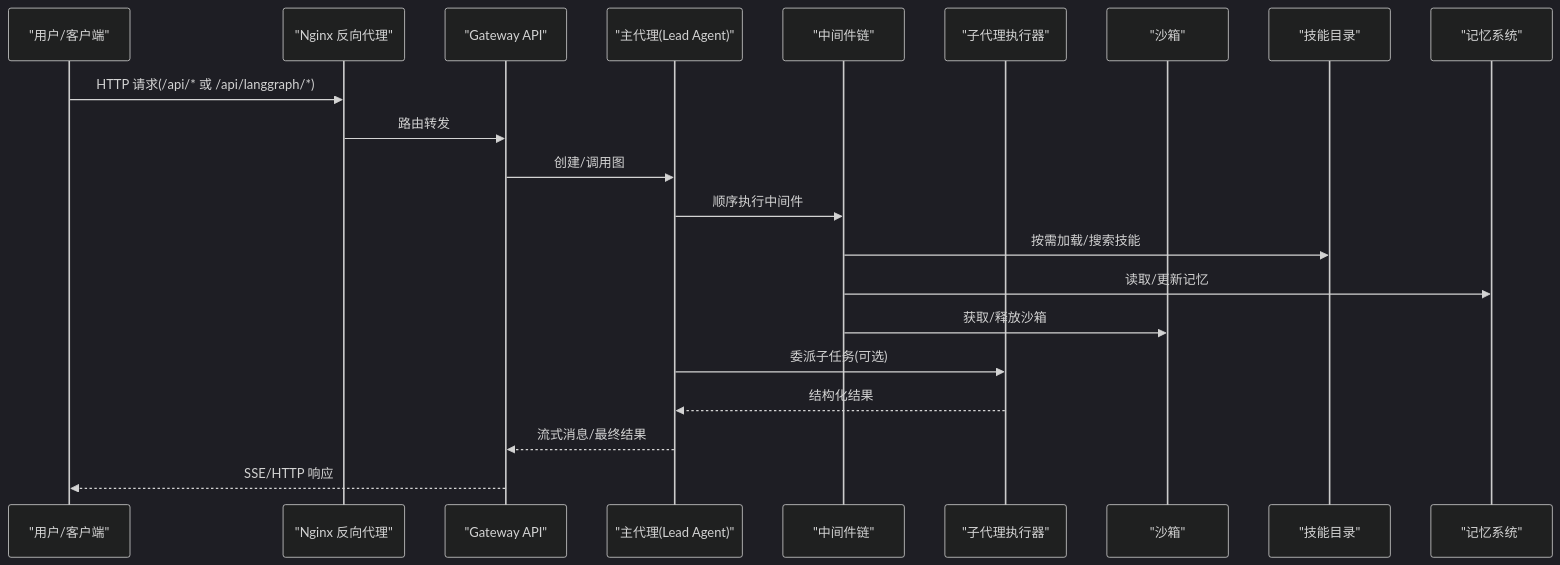
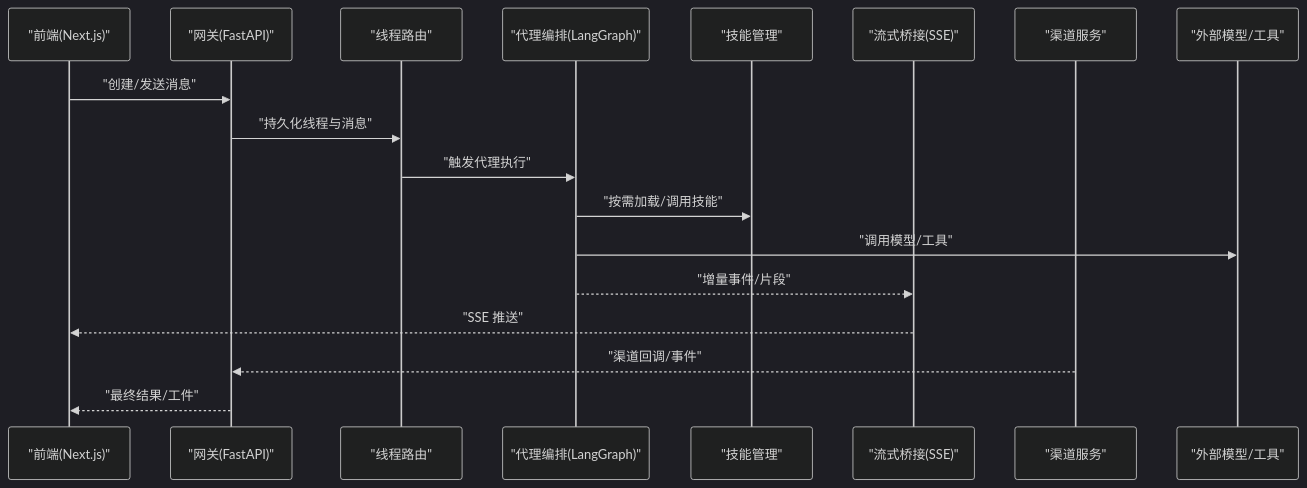
One commit to xfbyxq/deer-flow changed the second of 6 diagrams in .qoder/repowiki/zh/content/项目概述/项目概述.md. Above: the diagram before and after it, drawn with Mermaid (dark theme). The commit also changed other lines of this file and 621 other files, not shown here.

````diff
--- a/.qoder/repowiki/zh/content/项目概述/项目概述.md
+++ b/.qoder/repowiki/zh/content/项目概述/项目概述.md
@@ -86,23 +154,20 @@
 ```mermaid
 sequenceDiagram
-participant U as "用户/客户端"
-participant NGINX as "Nginx 反向代理"
-participant GW as "Gateway API"
-participant LA as "主代理(Lead Agent)"
-participant MW as "中间件链"
-participant SA as "子代理执行器"
-participant SB as "沙箱"
-participant SK as "技能目录"
-participant MEM as "记忆系统"
-U->>NGINX : HTTP 请求(/api/* 或 /api/langgraph/*)
-NGINX->>GW : 路由转发
-GW->>LA : 创建/调用图
-LA->>MW : 顺序执行中间件
-MW->>SK : 按需加载/搜索技能
-MW->>MEM : 读取/更新记忆
-MW->>SB : 获取/释放沙箱
-LA->>SA : 委派子任务(可选)
-SA-->>LA : 结构化结果
-LA-->>GW : 流式消息/最终结果
-GW-->>U : SSE/HTTP 响应
+participant UI as "前端(Next.js)"
+participant GW as "网关(FastAPI)"
+participant TH as "线程路由"
+participant AG as "代理编排(LangGraph)"
+participant SK as "技能管理"
+participant RT as "流式桥接(SSE)"
+participant CH as "渠道服务"
+participant EX as "外部模型/工具"
+UI->>GW : "创建/发送消息"
+GW->>TH : "持久化线程与消息"
+TH->>AG : "触发代理执行"
+AG->>SK : "按需加载/调用技能"
+AG->>EX : "调用模型/工具"
+AG-->>RT : "增量事件/片段"
+RT-->>UI : "SSE 推送"
+CH-->>GW : "渠道回调/事件"
+GW-->>UI : "最终结果/工件"
 ```
````
